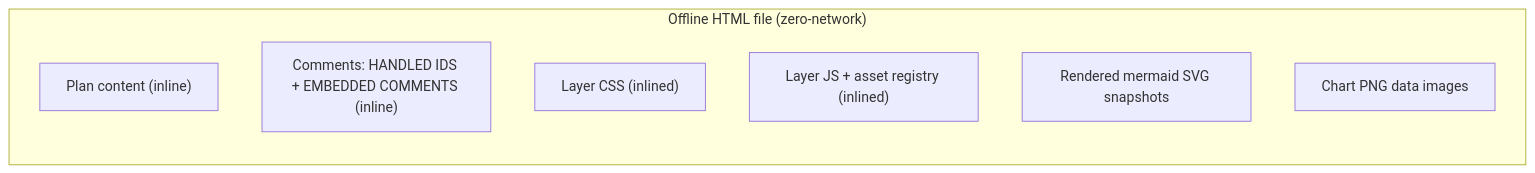
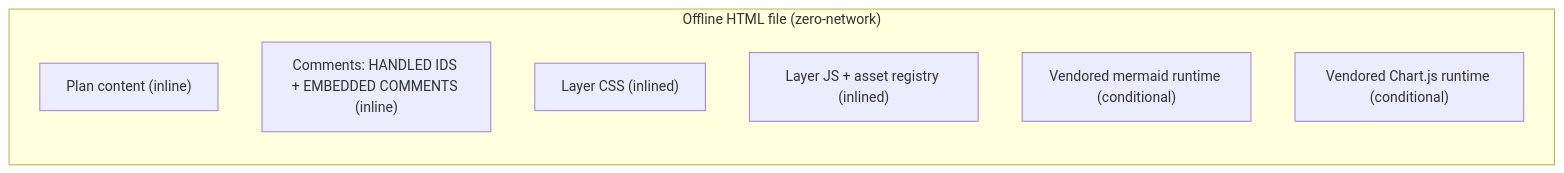
The third of 3 diagrams in plugins/commentable-html/pkg/skills/commentable-html/references/exports.md (urikanonov/ai-marketplace), drawn with Mermaid before and after one commit. The commit also changed other lines of this file and 26 other files, not shown here.

````diff
--- a/plugins/commentable-html/pkg/skills/commentable-html/references/exports.md
+++ b/plugins/commentable-html/pkg/skills/commentable-html/references/exports.md
@@ -101,11 +101,11 @@
 ```mermaid
 flowchart LR
   subgraph File["Offline HTML file (zero-network)"]
     content["Plan content (inline)"]
     comments["Comments: HANDLED IDS + EMBEDDED COMMENTS (inline)"]
     css["Layer CSS (inlined)"]
     js["Layer JS + asset registry (inlined)"]
-    mmd["Rendered mermaid SVG snapshots"]
-    charts["Chart PNG data images"]
+    mmd["Vendored mermaid runtime (conditional)"]
+    charts["Vendored Chart.js runtime (conditional)"]
   end
 ```
````
